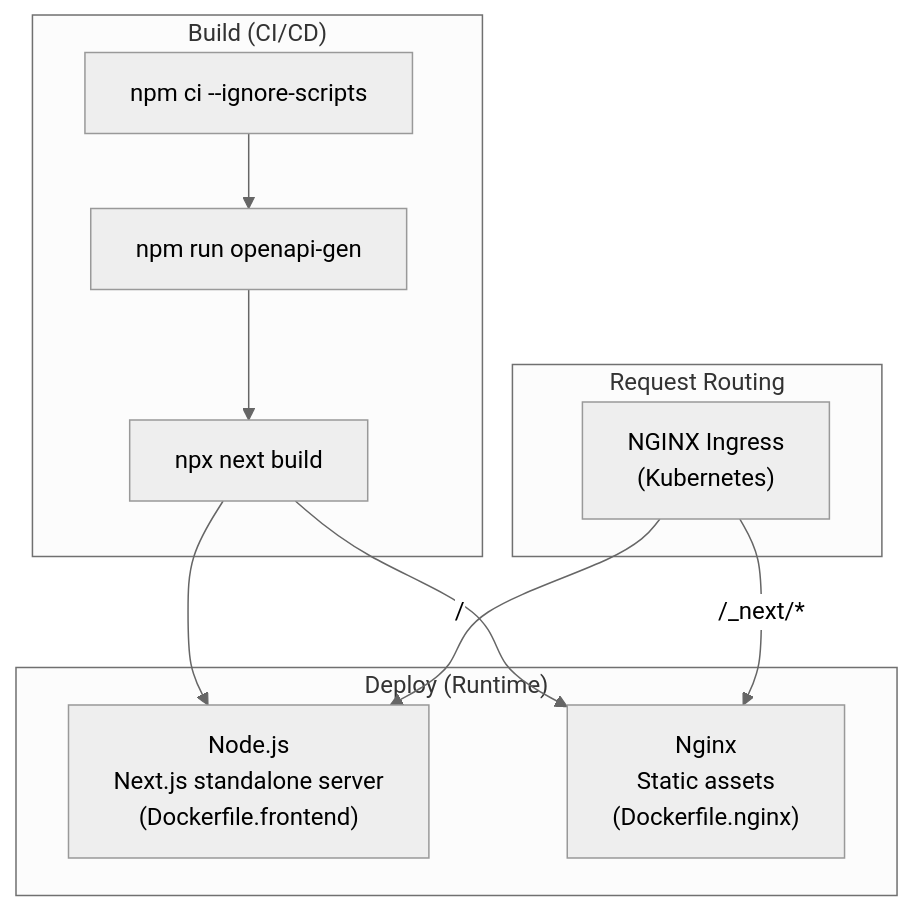
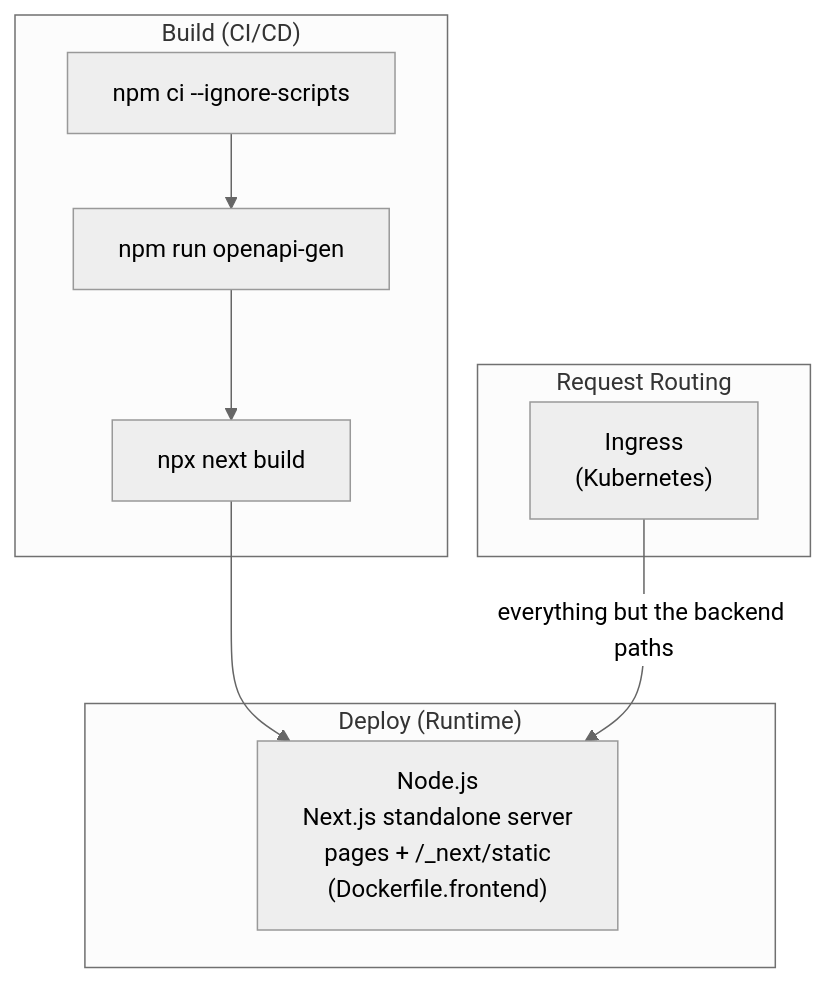
The diagram in wiki/frontend-deployment.md (berserkhmdvhb/fullstack_template), drawn with Mermaid (neutral theme) before and after one commit. The commit also changed other lines of this file and 24 other files, not shown here.

Commit message:
docs: describe the two-image architecture; the Next.js server serves its own assets

````diff
--- a/wiki/frontend-deployment.md
+++ b/wiki/frontend-deployment.md
@@ -24,23 +24,20 @@
 ```mermaid
 flowchart TB
     subgraph Build["Build (CI/CD)"]
         NPM["npm ci --ignore-scripts"]
         OpenAPI["npm run openapi-gen"]
         NextBuild["npx next build"]
     end
 
     subgraph Deploy["Deploy (Runtime)"]
-        Node["Node.js<br/>Next.js standalone server<br/>(Dockerfile.frontend)"]
-        Nginx["Nginx<br/>Static assets<br/>(Dockerfile.nginx)"]
+        Node["Node.js<br/>Next.js standalone server<br/>pages + /_next/static<br/>(Dockerfile.frontend)"]
     end
 
     subgraph Route["Request Routing"]
-        IC["NGINX Ingress<br/>(Kubernetes)"]
+        IC["Ingress<br/>(Kubernetes)"]
     end
 
     NPM --> OpenAPI --> NextBuild
     NextBuild --> Node
-    NextBuild --> Nginx
-    IC -->|"/"| Node
-    IC -->|"/_next/*"| Nginx
+    IC -->|"everything but the backend paths"| Node
 ```
````
